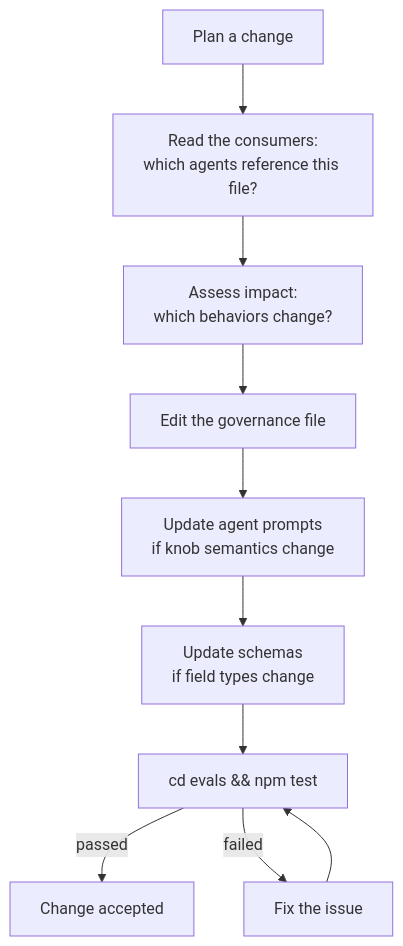
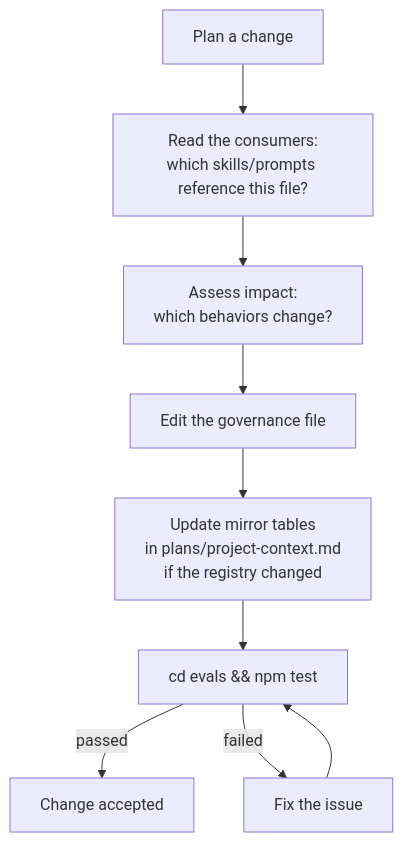
The diagram in docs/tutorial-en/10-governance.md (Smithbox-ai/ControlFlow), drawn with Mermaid before and after one commit. The commit also changed other lines of this file and 51 other files, not shown here.

````diff
--- a/docs/tutorial-en/10-governance.md
+++ b/docs/tutorial-en/10-governance.md
@@ -149,12 +108,11 @@
 ```mermaid
 flowchart TD
-    Change[Plan a change] --> Read[Read the consumers:\nwhich agents reference this file?]
+    Change[Plan a change] --> Read[Read the consumers:\nwhich skills/prompts reference this file?]
     Read --> Impact[Assess impact:\nwhich behaviors change?]
     Impact --> Update[Edit the governance file]
-    Update --> Agent[Update agent prompts\nif knob semantics change]
-    Agent --> Schema[Update schemas\nif field types change]
-    Schema --> Eval[cd evals && npm test]
+    Update --> Mirror[Update mirror tables\nin plans/project-context.md\nif the registry changed]
+    Mirror --> Eval[cd evals && npm test]
     Eval -->|passed| Done[Change accepted]
     Eval -->|failed| Fix[Fix the issue]
     Fix --> Eval
 ```
````
